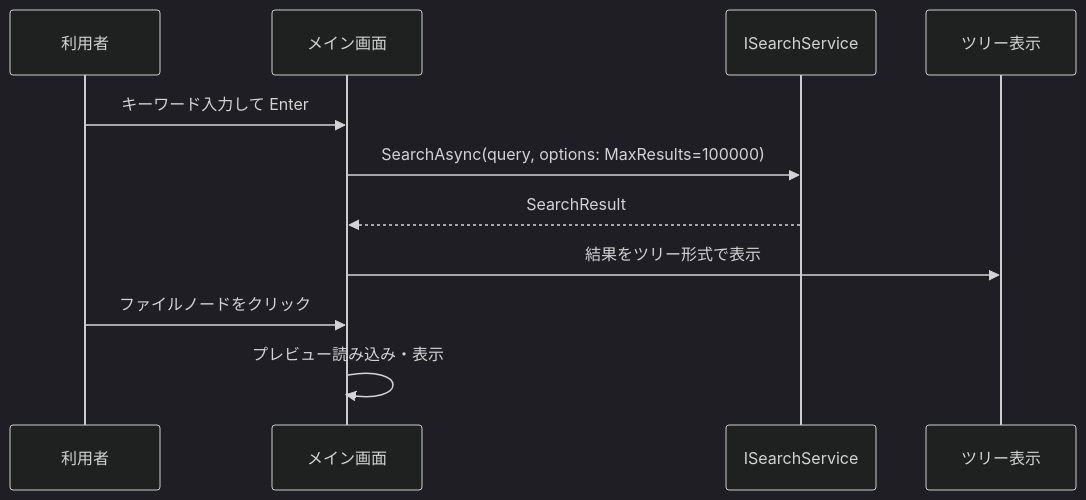
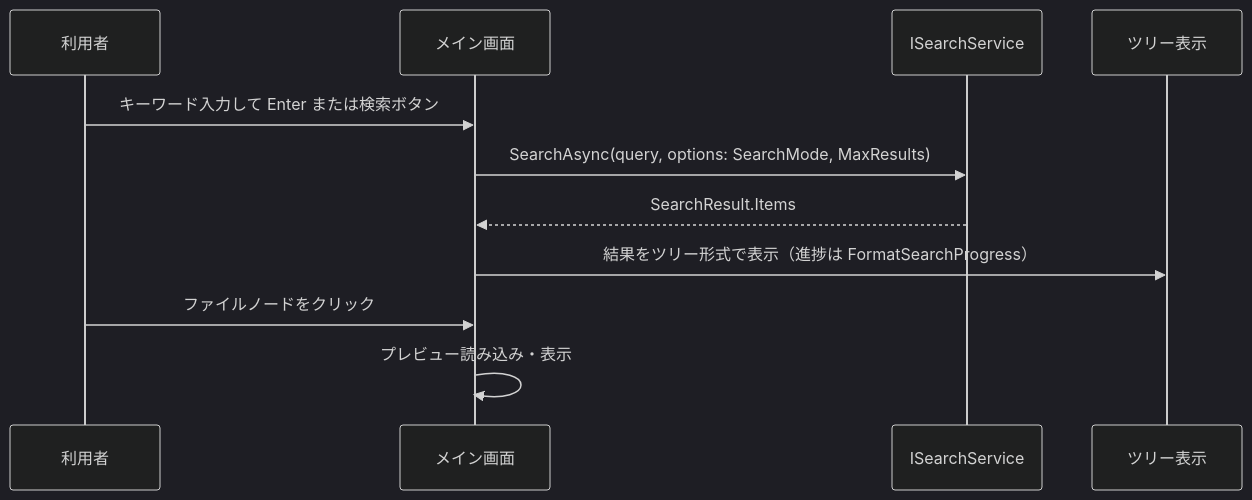
One commit to zndmonya-dot/FileSearchApp- changed the third of 3 diagrams in docs/外部設計.md. Above: the diagram before and after it, drawn with Mermaid (dark theme). The commit also changed other lines of this file and 15 other files, not shown here.

````diff
--- a/docs/外部設計.md
+++ b/docs/外部設計.md
@@ -156,13 +158,13 @@
 ```mermaid
 sequenceDiagram
   participant User as 利用者
   participant UI as メイン画面
   participant Search as ISearchService
   participant Tree as ツリー表示
-  User->>UI: キーワード入力して Enter
-  UI->>Search: SearchAsync(query, options: MaxResults=100000)
-  Search-->>UI: SearchResult
-  UI->>Tree: 結果をツリー形式で表示
+  User->>UI: キーワード入力して Enter または検索ボタン
+  UI->>Search: SearchAsync(query, options: SearchMode, MaxResults)
+  Search-->>UI: SearchResult.Items
+  UI->>Tree: 結果をツリー形式で表示（進捗は FormatSearchProgress）
   User->>UI: ファイルノードをクリック
   UI->>UI: プレビュー読み込み・表示
 ```
````
